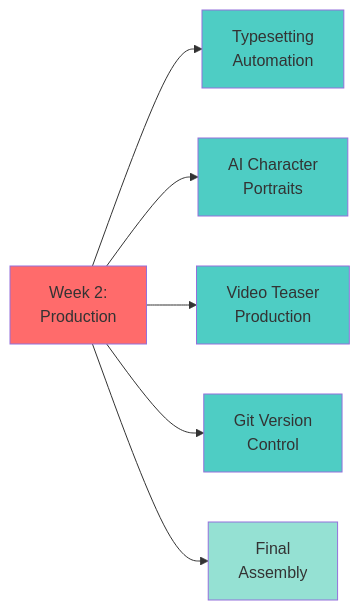
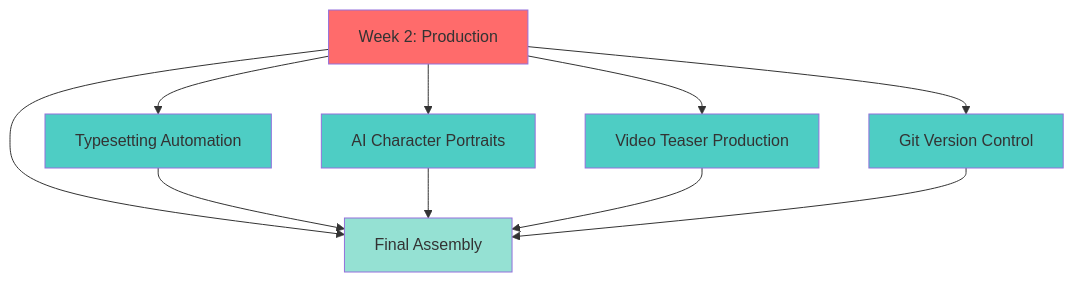
Before and after one commit to dominatedbycline/dominatedbycline.github.io: the first of 5 diagrams in content/projects/artifactum/murder-mystery-1926/index.md, drawn with Mermaid. The commit also changed other lines of this file and 4 other files, not shown here.

Commit message:
Update carousel and styling: add hot pink carousel, improve spoiler alert, remove mermaid boxes

````diff
--- a/content/projects/artifactum/murder-mystery-1926/index.md
+++ b/content/projects/artifactum/murder-mystery-1926/index.md
@@ -107,15 +113,18 @@
 ```mermaid
-graph LR
-    A[Week 2:<br/>Production] --> B[Typesetting<br/>Automation]
-    A --> C[AI Character<br/>Portraits]
-    A --> D[Video Teaser<br/>Production]
-    A --> E[Git Version<br/>Control]
-    A --> F[Final<br/>Assembly]
+graph TD
+    A[Week 2: Production]
+    A --> B[Typesetting Automation]
+    A --> C[AI Character Portraits]
+    A --> D[Video Teaser Production]
+    A --> E[Git Version Control]
+    A --> F[Final Assembly]
+    
+    B & C & D & E --> F
     
     style A fill:#FF6B6B
     style B fill:#4ECDC4
     style C fill:#4ECDC4
     style D fill:#4ECDC4
     style E fill:#4ECDC4
     style F fill:#95E1D3
 ```
````
